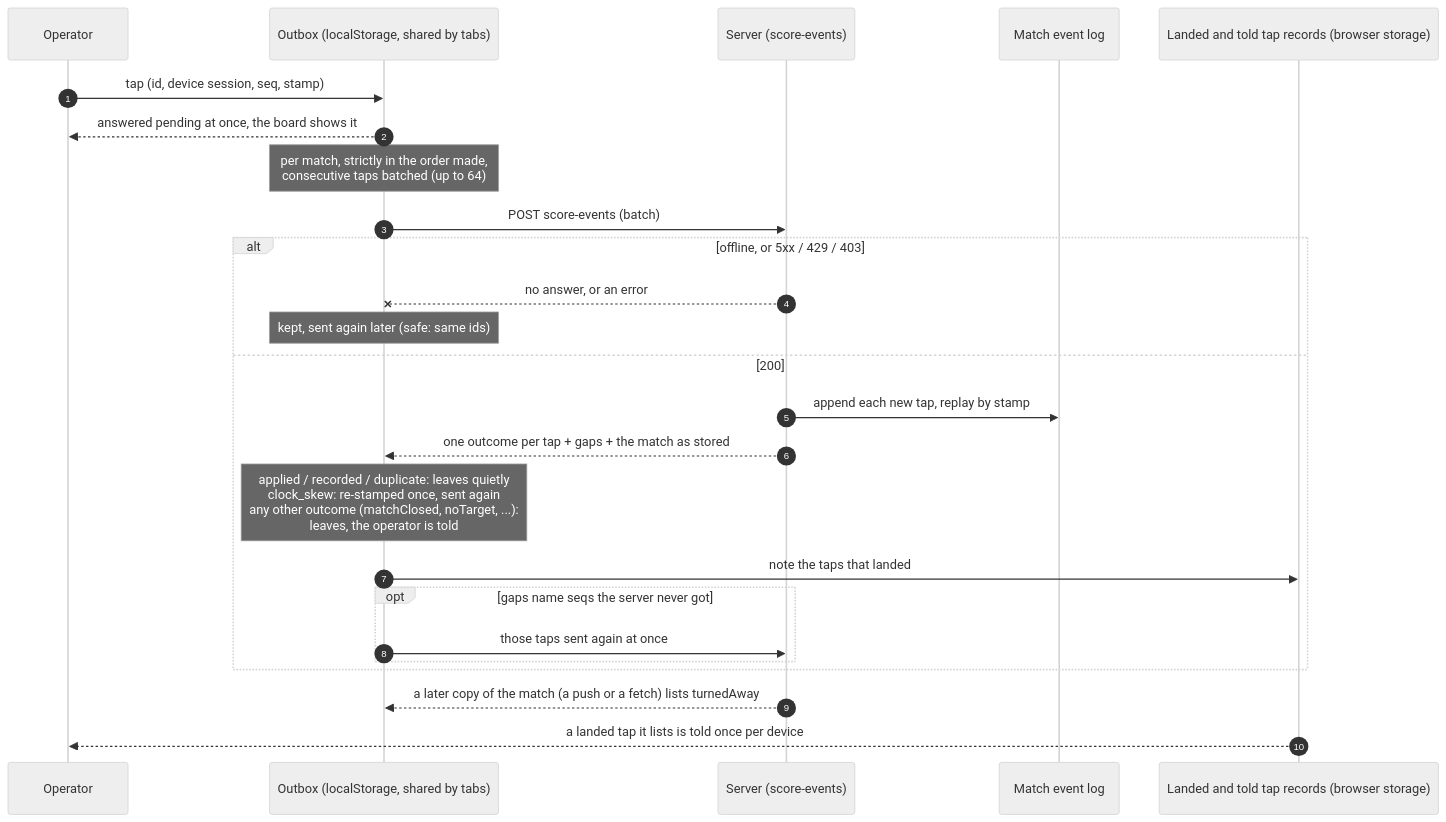
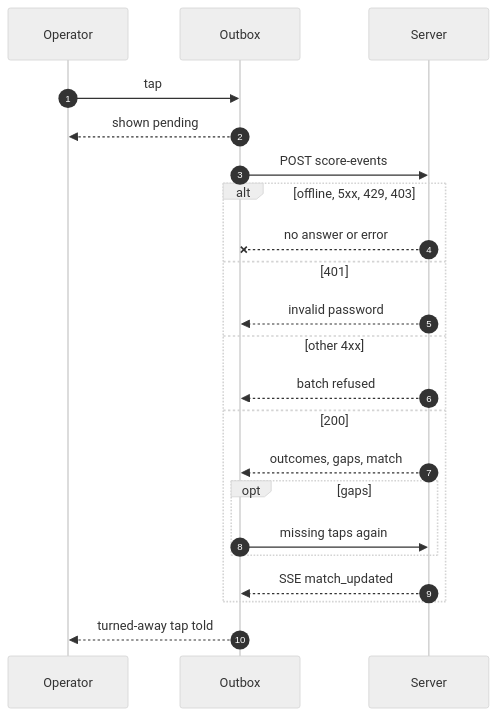
Before and after one commit to gitrgoliveira/bracket-creator: the fourth of 9 diagrams in docs/architecture/network-architecture.md, drawn with Mermaid (neutral theme). The commit also changed other lines of this file and 49 other files, not shown here.

First line of the commit message:
fix(bc-arch): one transaction for participant edits; WAL stale-log guard; architecture docs

````diff
--- a/docs/architecture/network-architecture.md
+++ b/docs/architecture/network-architecture.md
@@ -161,28 +189,25 @@
 ```mermaid
 sequenceDiagram
     autonumber
     participant Op as Operator
-    participant Ob as Outbox (localStorage, shared by tabs)
-    participant S as Server (score-events)
-    participant Log as Match event log
-    participant St as Landed and told tap records (browser storage)
+    participant Ob as Outbox
+    participant S as Server
 
-    Op->>Ob: tap (id, device session, seq, stamp)
-    Ob-->>Op: answered pending at once, the board shows it
-    Note over Ob: per match, strictly in the order made,<br/>consecutive taps batched (up to 64)
-    Ob->>S: POST score-events (batch)
-    alt offline, or 5xx / 429 / 403
-        S--xOb: no answer, or an error
-        Note over Ob: kept, sent again later (safe: same ids)
+    Op->>Ob: tap
+    Ob-->>Op: shown pending
+    Ob->>S: POST score-events
+    alt offline, 5xx, 429, 403
+        S--xOb: no answer or error
+    else 401
+        S-->>Ob: invalid password
+    else other 4xx
+        S-->>Ob: batch refused
     else 200
-        S->>Log: append each new tap, replay by stamp
-        S-->>Ob: one outcome per tap + gaps + the match as stored
-        Note over Ob: applied / recorded / duplicate: leaves quietly<br/>clock_skew: re-stamped once, sent again<br/>any other outcome (matchClosed, noTarget, ...):<br/>leaves, the operator is told
-        Ob->>St: note the taps that landed
-        opt gaps name seqs the server never got
-            Ob->>S: those taps sent again at once
+        S-->>Ob: outcomes, gaps, match
+        opt gaps
+            Ob->>S: missing taps again
         end
+        S-->>Ob: SSE match_updated
     end
-    S-->>Ob: a later copy of the match (a push or a fetch) lists turnedAway
-    St-->>Op: a landed tap it lists is told once per device
+    Ob-->>Op: turned-away tap told
 ```
````
